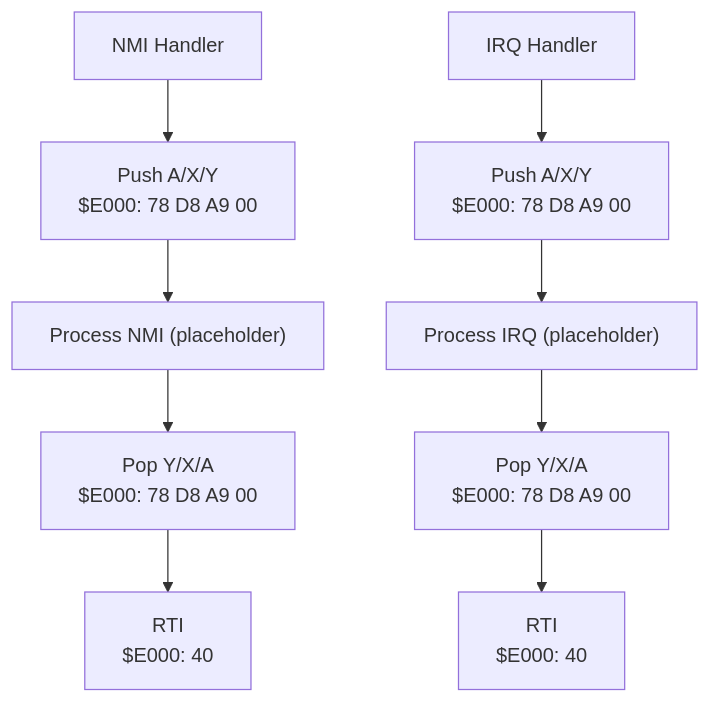
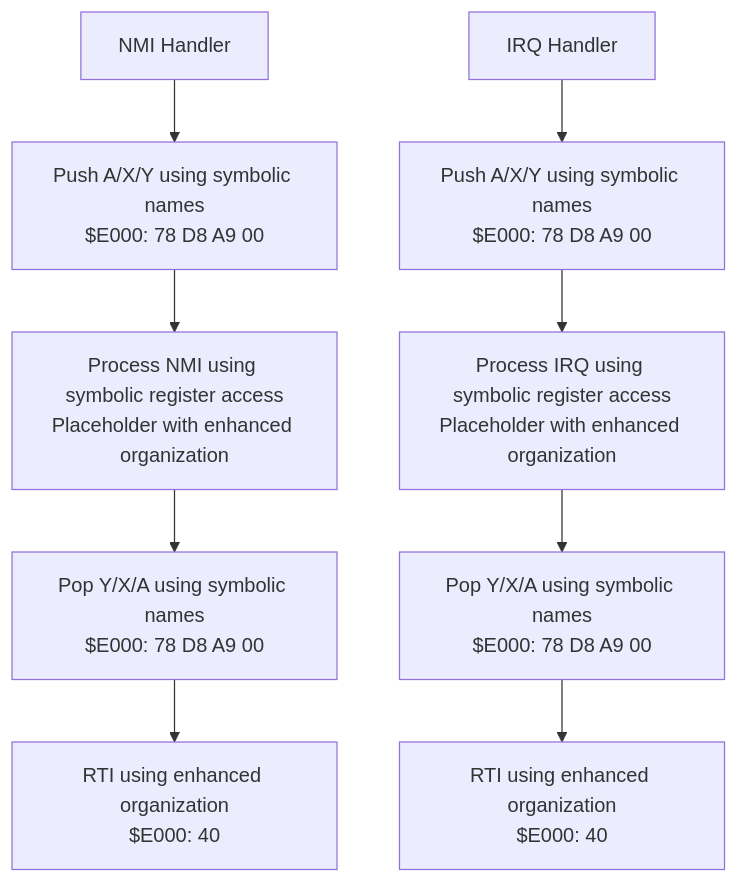
One commit to rabbyzero/sango2dasm changed the seventh of 9 diagrams in .qoder/repowiki/en/content/Assembly Architecture/Assembly Architecture.md. Above: the diagram before and after it, drawn with Mermaid. The commit also changed other lines of this file and 23 other files, not shown here.

````diff
--- a/.qoder/repowiki/en/content/Assembly Architecture/Assembly Architecture.md
+++ b/.qoder/repowiki/en/content/Assembly Architecture/Assembly Architecture.md
@@ -286,11 +286,11 @@
 ```mermaid
 flowchart TD
-NMI["NMI Handler"] --> SAVE["Push A/X/Y<br/>$E000: 78 D8 A9 00"]
-SAVE --> PROC["Process NMI (placeholder)"]
-PROC --> RESTORE["Pop Y/X/A<br/>$E000: 78 D8 A9 00"]
-RESTORE --> RTI["RTI<br/>$E000: 40"]
-IRQ["IRQ Handler"] --> SAVE2["Push A/X/Y<br/>$E000: 78 D8 A9 00"]
-SAVE2 --> PROC2["Process IRQ (placeholder)"]
-PROC2 --> RESTORE2["Pop Y/X/A<br/>$E000: 78 D8 A9 00"]
-RESTORE2 --> RTI2["RTI<br/>$E000: 40"]
+NMI["NMI Handler"] --> SAVE["Push A/X/Y using symbolic names<br/>$E000: 78 D8 A9 00"]
+SAVE --> PROC["Process NMI using symbolic register access<br/>Placeholder with enhanced organization"]
+PROC --> RESTORE["Pop Y/X/A using symbolic names<br/>$E000: 78 D8 A9 00"]
+RESTORE --> RTI["RTI using enhanced organization<br/>$E000: 40"]
+IRQ["IRQ Handler"] --> SAVE2["Push A/X/Y using symbolic names<br/>$E000: 78 D8 A9 00"]
+SAVE2 --> PROC2["Process IRQ using symbolic register access<br/>Placeholder with enhanced organization"]
+PROC2 --> RESTORE2["Pop Y/X/A using symbolic names<br/>$E000: 78 D8 A9 00"]
+RESTORE2 --> RTI2["RTI using enhanced organization<br/>$E000: 40"]
 ```
````
